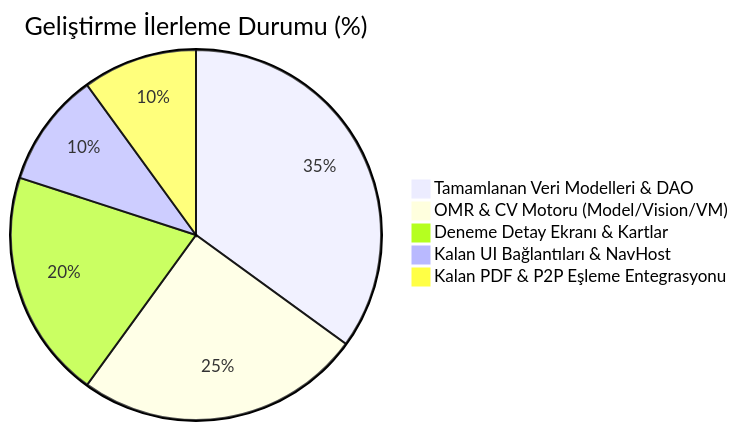
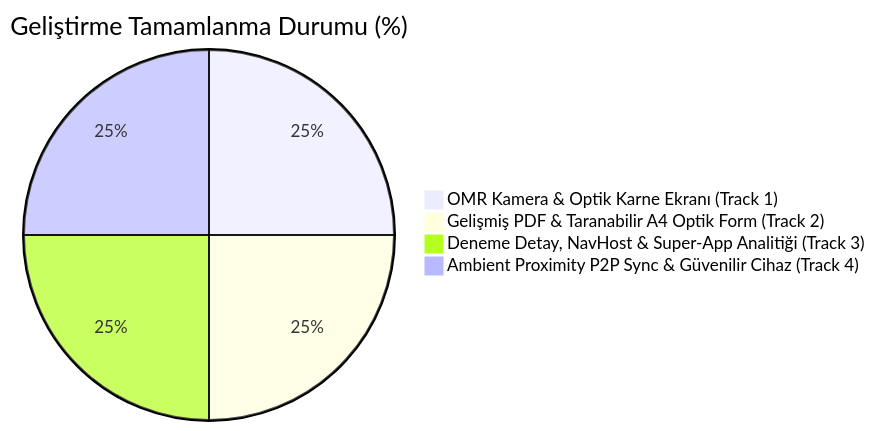
One commit to haliskoc/soru-defterim changed the diagram in docs/GELISTIRME_DURUM_VE_NEREDE_KALDIK_RAPORU.md. Above: the diagram before and after it, drawn with Mermaid. The commit also changed other lines of this file and 21 other files, not shown here.

Commit message:
feat: OMR kamera vizor ve optik karne ekrani, gelismis PDF optik sablonu, deneme super-app analitigi ve ambient sync

````diff
--- a/docs/GELISTIRME_DURUM_VE_NEREDE_KALDIK_RAPORU.md
+++ b/docs/GELISTIRME_DURUM_VE_NEREDE_KALDIK_RAPORU.md
@@ -13,8 +13,7 @@
 ```mermaid
-pie title Geliştirme İlerleme Durumu (%)
-    "Tamamlanan Veri Modelleri & DAO" : 35
-    "OMR & CV Motoru (Model/Vision/VM)" : 25
-    "Deneme Detay Ekranı & Kartlar" : 20
-    "Kalan UI Bağlantıları & NavHost" : 10
-    "Kalan PDF & P2P Eşleme Entegrasyonu" : 10
+pie title Geliştirme Tamamlanma Durumu (%)
+    "OMR Kamera & Optik Karne Ekranı (Track 1)" : 25
+    "Gelişmiş PDF & Taranabilir A4 Optik Form (Track 2)" : 25
+    "Deneme Detay, NavHost & Super-App Analitiği (Track 3)" : 25
+    "Ambient Proximity P2P Sync & Güvenilir Cihaz (Track 4)" : 25
 ```
````
